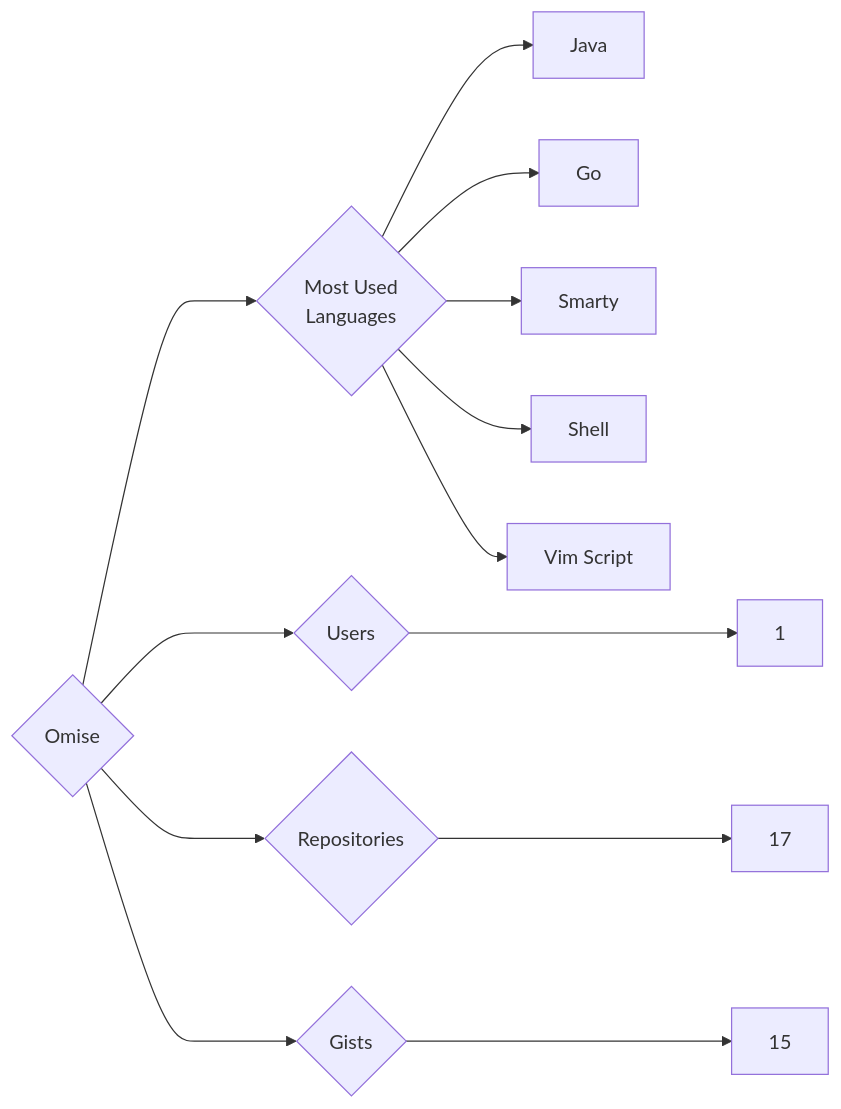
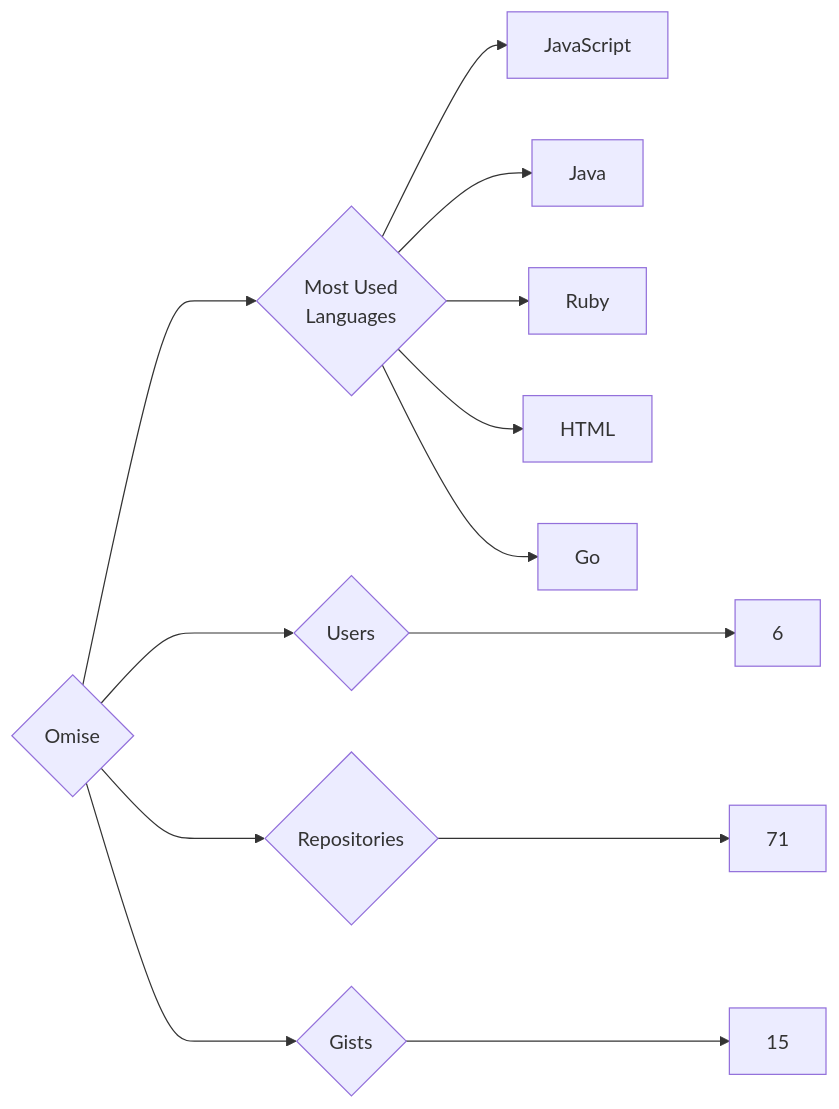
Before and after one commit to trickest/insiders: the diagram in targets/Omise/README.md, drawn with Mermaid. The commit also changed 715 other files, not shown here.

````diff
--- a/targets/Omise/README.md
+++ b/targets/Omise/README.md
@@ -3,13 +3,13 @@
 ```mermaid
 graph LR
 COMPANY_NAME{Omise}
-COMPANY_NAME ---> U{Users} ---> UN[1]
-COMPANY_NAME ---> R{Repositories} ---> RN[17]
+COMPANY_NAME ---> U{Users} ---> UN[6]
+COMPANY_NAME ---> R{Repositories} ---> RN[71]
 COMPANY_NAME ---> G{Gists} ---> GN[15]
 COMPANY_NAME ---> ML{Most Used<br>Languages}
+ML --> JavaScript[JavaScript]
 ML --> Java[Java]
+ML --> Ruby[Ruby]
+ML --> HTML[HTML]
 ML --> Go[Go]
-ML --> Smarty[Smarty]
-ML --> Shell[Shell]
-ML --> Vim_Script[Vim Script]
 ```
````
